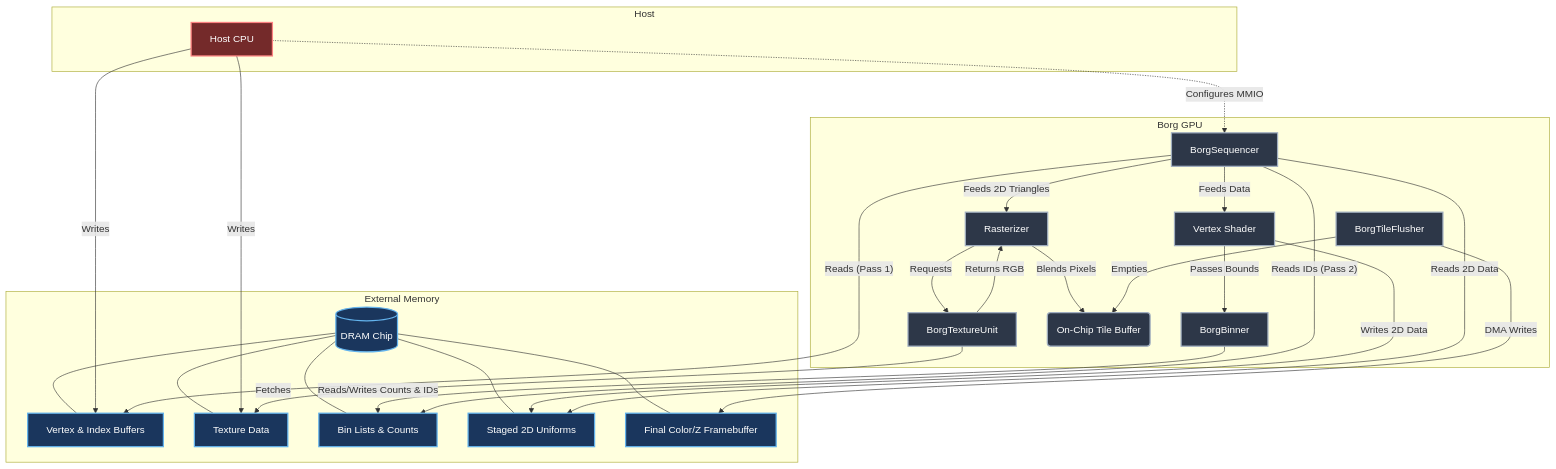
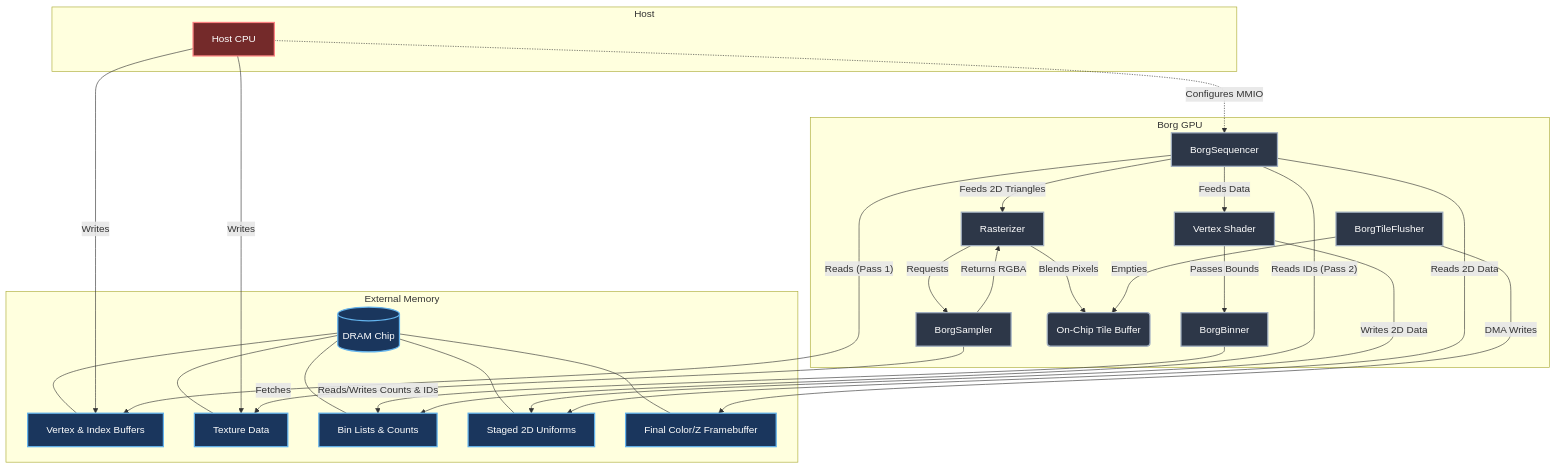
The second of 2 diagrams in docs/07_tbr.md (gonsolo/Borg), drawn with Mermaid before and after one commit. The commit also changed other lines of this file and 52 other files, not shown here.

````diff
--- a/docs/07_tbr.md
+++ b/docs/07_tbr.md
@@ -84,56 +84,56 @@
 ```mermaid
 graph TD
     classDef memory fill:#1a365d,stroke:#63b3ed,stroke-width:2px,color:#fff;
     classDef gpu fill:#2d3748,stroke:#a0aec0,stroke-width:2px,color:#fff;
     classDef cpu fill:#742a2a,stroke:#fc8181,stroke-width:2px,color:#fff;
 
     subgraph Host
         CPU[Host CPU]:::cpu
     end
 
     subgraph External Memory
         DRAM[(DRAM Chip)]:::memory
         VBO[Vertex & Index Buffers]:::memory
         TEX[Texture Data]:::memory
         BIN[Bin Lists & Counts]:::memory
         UNI[Staged 2D Uniforms]:::memory
         FBO[Final Color/Z Framebuffer]:::memory
         
         DRAM --- VBO & TEX & BIN & UNI & FBO
     end
 
     subgraph Borg GPU
         SEQ[BorgSequencer]:::gpu
         VSH[Vertex Shader]:::gpu
         BINNER[BorgBinner]:::gpu
         RAST[Rasterizer]:::gpu
-        TEXU[BorgTextureUnit]:::gpu
+        TEXU[BorgSampler]:::gpu
         TBUF(On-Chip Tile Buffer):::gpu
         FLUSH[BorgTileFlusher]:::gpu
     end
 
     %% Phase 0 - CPU
     CPU -- "Writes" --> VBO
     CPU -- "Writes" --> TEX
     CPU -. "Configures MMIO" .-> SEQ
 
     %% Phase 1 - GPU
     SEQ -- "Reads (Pass 1)" --> VBO
     SEQ -- "Feeds Data" --> VSH
     VSH -- "Writes 2D Data" --> UNI
     VSH -- "Passes Bounds" --> BINNER
     BINNER -- "Reads/Writes Counts & IDs" --> BIN
 
     %% Phase 2 - GPU
     SEQ -- "Reads IDs (Pass 2)" --> BIN
     SEQ -- "Reads 2D Data" --> UNI
     SEQ -- "Feeds 2D Triangles" --> RAST
     RAST -- "Requests" --> TEXU
     TEXU -- "Fetches" --> TEX
-    TEXU -- "Returns RGB" --> RAST
+    TEXU -- "Returns RGBA" --> RAST
     RAST -- "Blends Pixels" --> TBUF
 
     %% Phase 3 - GPU
     FLUSH -- "Empties" --> TBUF
     FLUSH -- "DMA Writes" --> FBO
 ```
````
